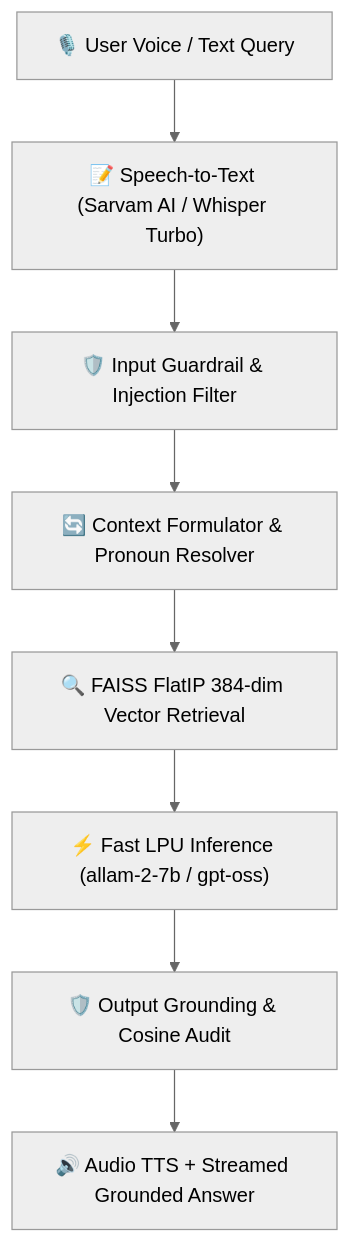
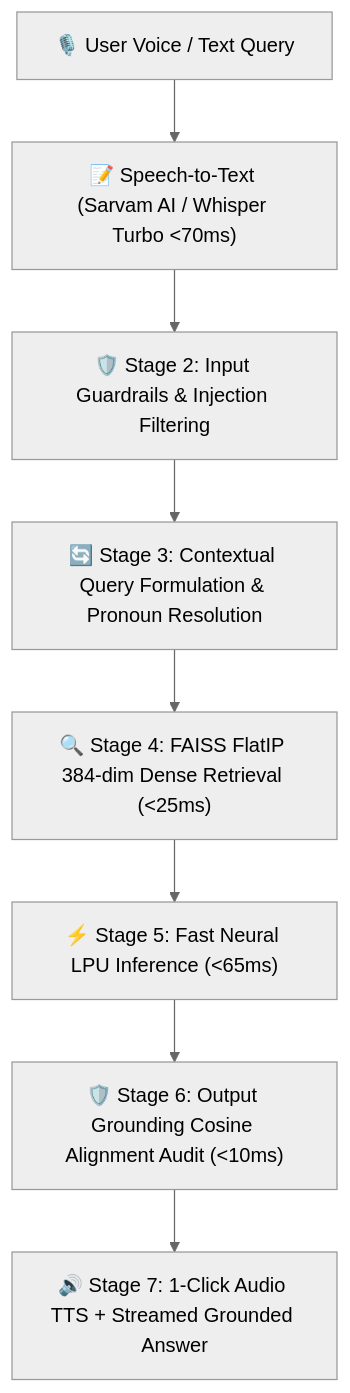
One commit to gkm563/VoxRAG changed the diagram in README.md. Above: the diagram before and after it, drawn with Mermaid (neutral theme). The commit also changed other lines of this file and 1 other file, not shown here.

````diff
--- a/README.md
+++ b/README.md
@@ -59,10 +61,10 @@
 ```mermaid
 flowchart TD
-    A["🎙️ User Voice / Text Query"] --> B["📝 Speech-to-Text (Sarvam AI / Whisper Turbo)"]
-    B --> C["🛡️ Input Guardrail & Injection Filter"]
-    C --> D["🔄 Context Formulator & Pronoun Resolver"]
-    D --> E["🔍 FAISS FlatIP 384-dim Vector Retrieval"]
-    E --> F["⚡ Fast LPU Inference (allam-2-7b / gpt-oss)"]
-    F --> G["🛡️ Output Grounding & Cosine Audit"]
-    G --> H["🔊 Audio TTS + Streamed Grounded Answer"]
+    A["🎙️ User Voice / Text Query"] --> B["📝 Speech-to-Text (Sarvam AI / Whisper Turbo <70ms)"]
+    B --> C["🛡️ Stage 2: Input Guardrails & Injection Filtering"]
+    C --> D["🔄 Stage 3: Contextual Query Formulation & Pronoun Resolution"]
+    D --> E["🔍 Stage 4: FAISS FlatIP 384-dim Dense Retrieval (<25ms)"]
+    E --> F["⚡ Stage 5: Fast Neural LPU Inference (<65ms)"]
+    F --> G["🛡️ Stage 6: Output Grounding Cosine Alignment Audit (<10ms)"]
+    G --> H["🔊 Stage 7: 1-Click Audio TTS + Streamed Grounded Answer"]
 ```
````
